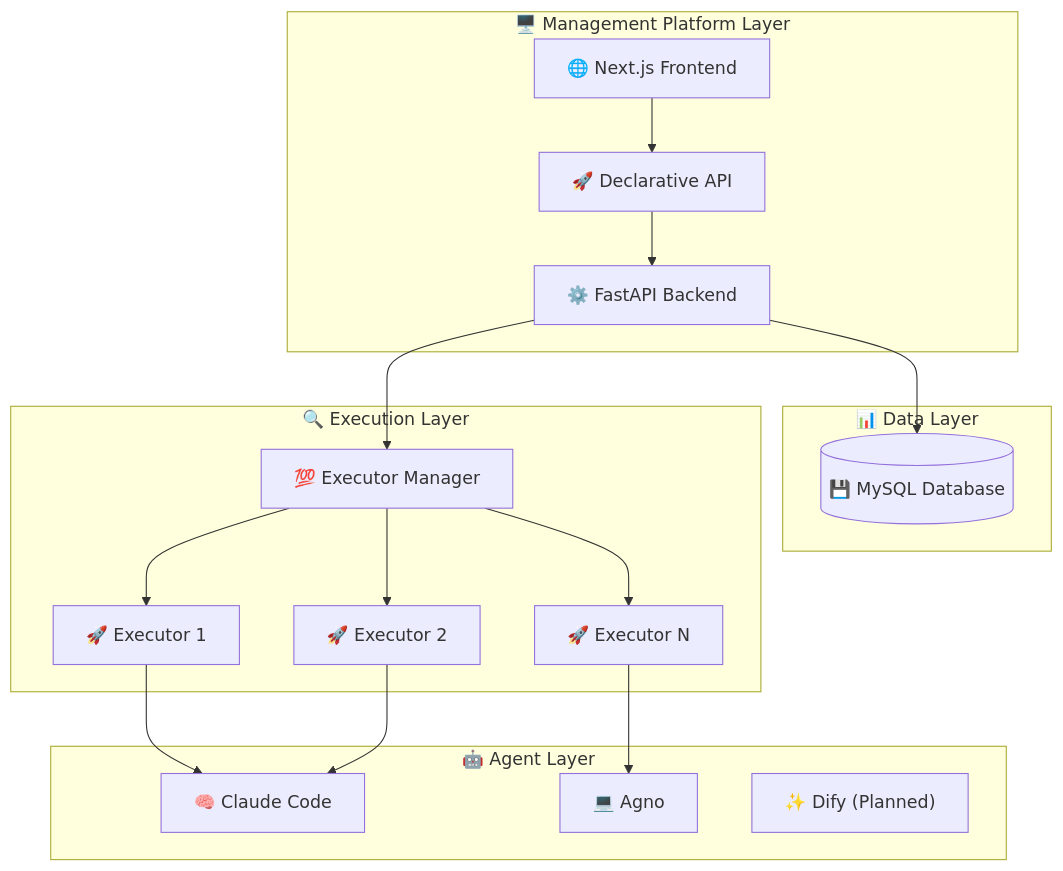
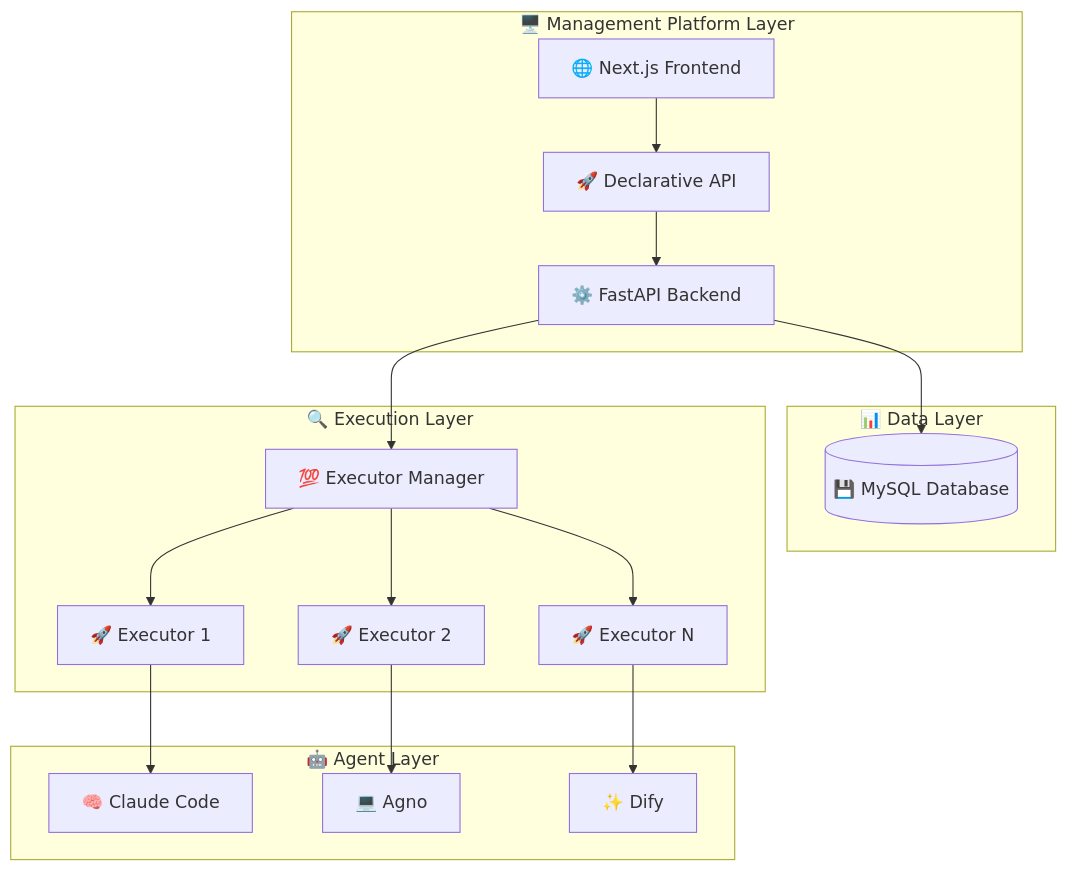
One commit to wecode-ai/Wegent changed the second of 2 diagrams in README.md. Above: the diagram before and after it, drawn with Mermaid. The commit also changed other lines of this file and 6 other files, not shown here.

````diff
--- a/README.md
+++ b/README.md
@@ -172,40 +173,40 @@
 ```mermaid
 graph TB
     subgraph "🖥️ Management Platform Layer"
         Frontend["🌐 Next.js Frontend"]
         Backend["⚙️ FastAPI Backend"]
         API["🚀 Declarative API"]
     end
     
     subgraph "📊 Data Layer"
         MySQL[("💾 MySQL Database")]
     end
     
     subgraph "🔍 Execution Layer"
         ExecutorManager["💯 Executor Manager"]
         Executor1["🚀 Executor 1"]
         Executor2["🚀 Executor 2"]
         ExecutorN["🚀 Executor N"]
     end
     
     subgraph "🤖 Agent Layer"
         Claude["🧠 Claude Code"]
-        Ango["💻 Agno"]
-        DifyPlanned["✨ Dify (Planned)"]
+        Agno["💻 Agno"]
+        Dify["✨ Dify"]
     end
-  
-    
+
+
     %% System Interactions
     Frontend --> API
     API --> Backend
     Backend --> MySQL
     Backend --> ExecutorManager
     ExecutorManager --> Executor1
     ExecutorManager --> Executor2
     ExecutorManager --> ExecutorN
-    
-    %% AI Program Integration (Currently only supports Claude Code)
+
+    %% AI Program Integration
     Executor1 --> Claude
-    Executor2 --> Claude
-    ExecutorN --> Ango
+    Executor2 --> Agno
+    ExecutorN --> Dify
 ```
````
